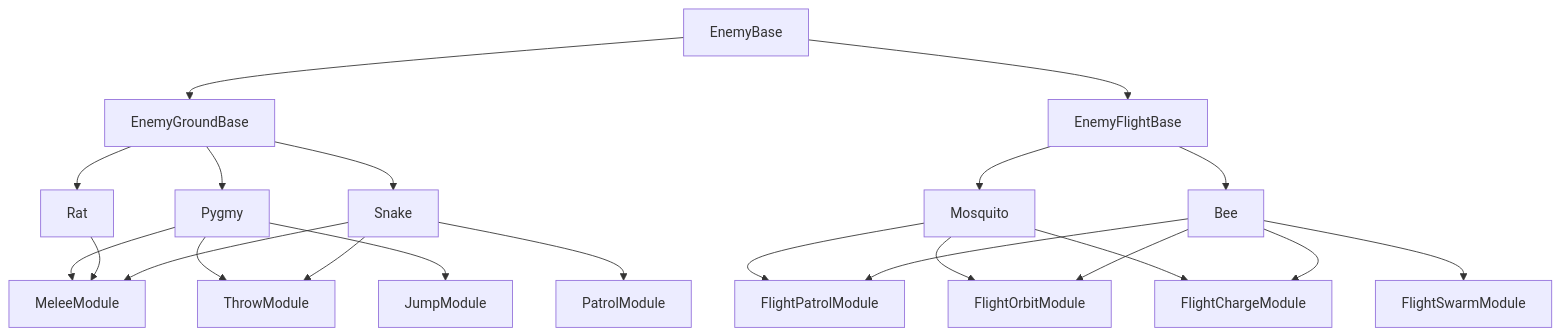
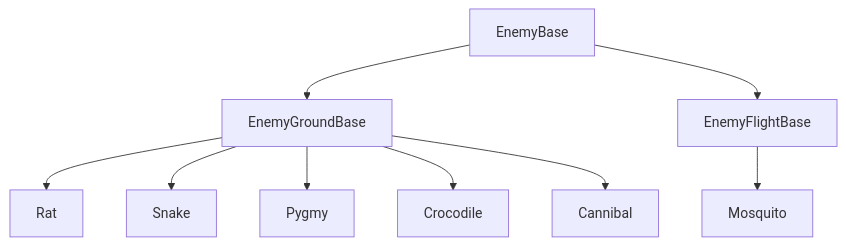
One commit to Steph4477/IslandEvolution-Demo changed the diagram in README.md. Above: the diagram before and after it, drawn with Mermaid. The commit also changed other lines of this file, not shown here.

````diff
--- a/README.md
+++ b/README.md
@@ -163,33 +284,14 @@
 ```mermaid
 flowchart TD
 
 EnemyBase --> EnemyGroundBase
 EnemyBase --> EnemyFlightBase
 
 EnemyGroundBase --> Rat
+EnemyGroundBase --> Snake
 EnemyGroundBase --> Pygmy
-EnemyGroundBase --> Snake
+EnemyGroundBase --> Crocodile
+EnemyGroundBase --> Cannibal
+
 EnemyFlightBase --> Mosquito
-EnemyFlightBase --> Bee
-
-Pygmy --> MeleeModule
-Pygmy --> ThrowModule
-Pygmy --> JumpModule
-
-Rat --> MeleeModule
-
-Snake --> MeleeModule
-Snake --> PatrolModule
-Snake --> ThrowModule
-
-Mosquito --> FlightPatrolModule
-Mosquito --> FlightOrbitModule
-Mosquito --> FlightChargeModule
-
-Bee --> FlightPatrolModule
-Bee --> FlightOrbitModule
-Bee --> FlightChargeModule
-Bee --> FlightSwarmModule
-
-
 ```
````
